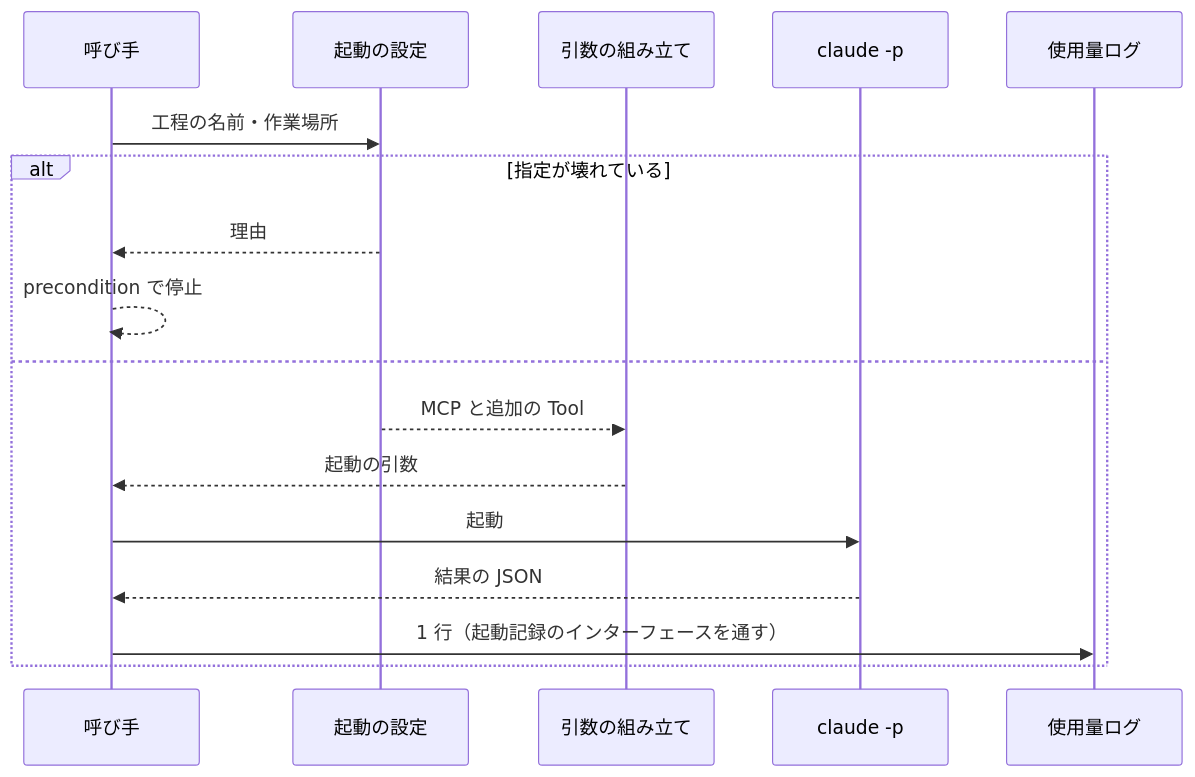
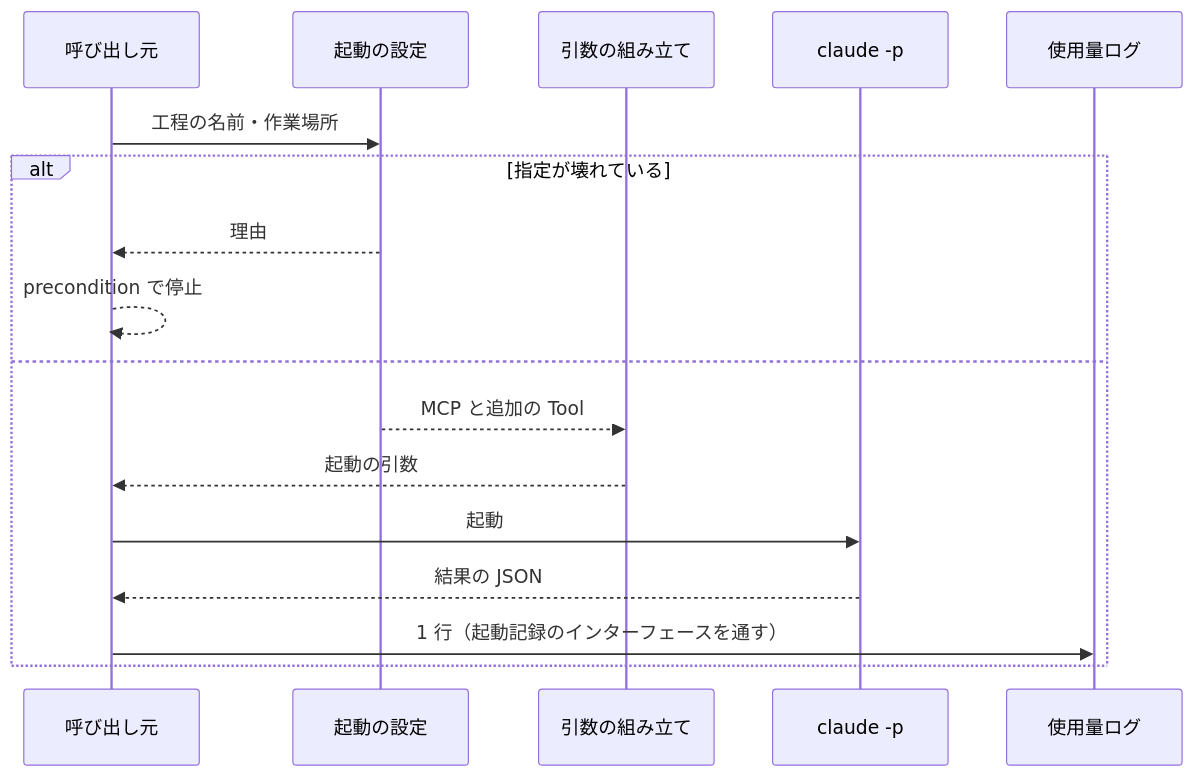
The fourth of 4 diagrams in issues/issue-1959-design.md (devbasex/ai-plugins), drawn with Mermaid before and after one commit. The commit also changed other lines of this file and 1 other file, not shown here.

````diff
--- a/issues/issue-1959-design.md
+++ b/issues/issue-1959-design.md
@@ -210,19 +210,19 @@
 ```mermaid
 sequenceDiagram
-    participant C as 呼び手
+    participant C as 呼び出し元
     participant G as 起動の設定
     participant A as 引数の組み立て
     participant P as claude -p
     participant U as 使用量ログ
     C->>G: 工程の名前・作業場所
     alt 指定が壊れている
         G-->>C: 理由
         C-->>C: precondition で停止
     else
         G-->>A: MCP と追加の Tool
         A-->>C: 起動の引数
         C->>P: 起動
         P-->>C: 結果の JSON
         C->>U: 1 行（起動記録のインターフェースを通す）
     end
 ```
````
